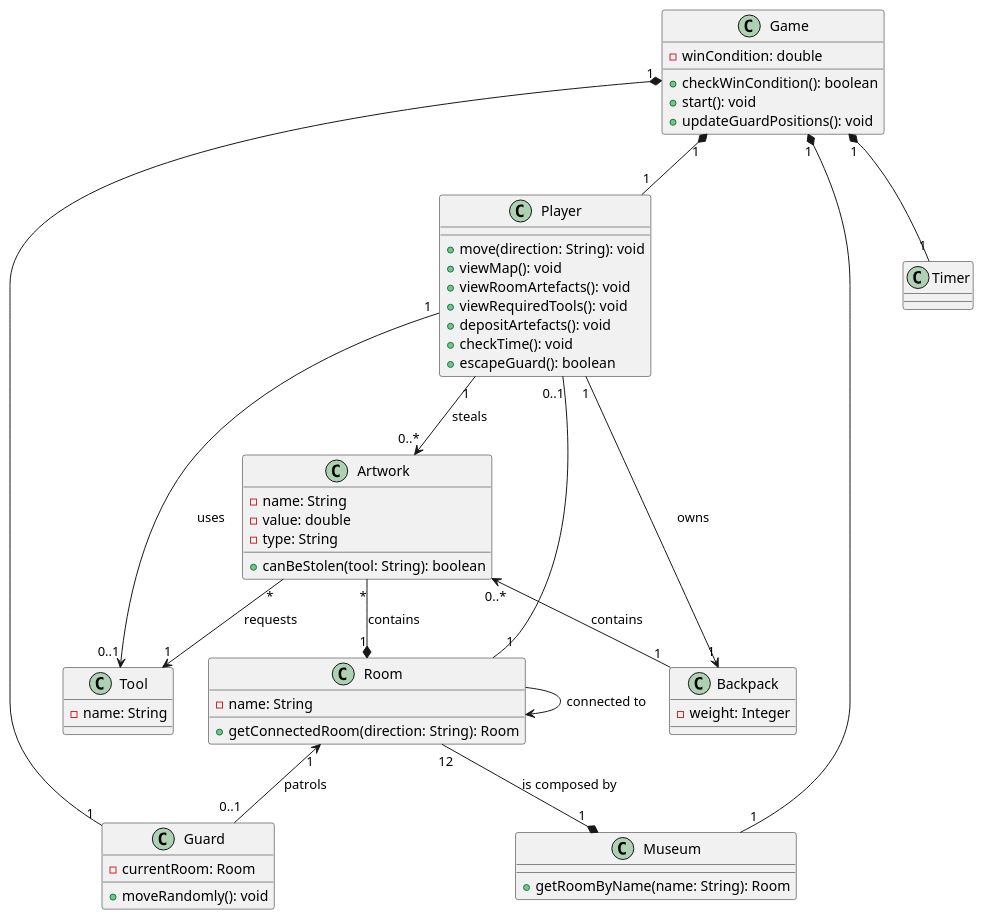
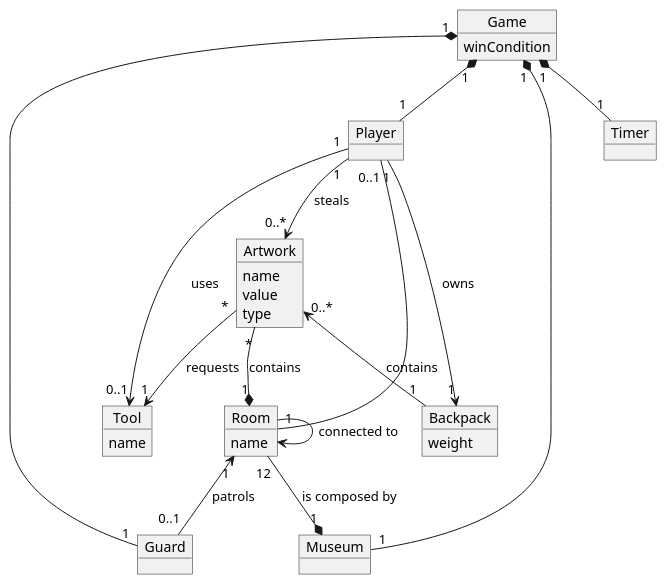
The diagram in domain_model.md (marchettialessio/gastronomia_team14), drawn with PlantUML before and after one commit. The commit also changed 1 other file, not shown here.

Commit message:
domain class

```diff
--- a/domain_model.md
+++ b/domain_model.md
@@ -1,60 +1,45 @@
 @startuml
-class Game {
-    - winCondition: double
-    + checkWinCondition(): boolean
-    + start(): void
-    + updateGuardPositions(): void
+object Game {
+    winCondition
 }
-class Player {
-    + move(direction: String): void
-    + viewMap(): void
-    + viewRoomArtefacts(): void
-    + viewRequiredTools(): void
-    + depositArtefacts(): void
-    + checkTime(): void
-    + escapeGuard(): boolean
+object Player {
 }
-class Room {
-    - name: String
-    + getConnectedRoom(direction: String): Room
+object Room {
+    name
 }
-class Guard{
-    - currentRoom: Room
-    + moveRandomly(): void
+object Guard{
 }
-class Museum{
-    + getRoomByName(name: String): Room
+object Museum{
 }
-class Tool{
-    - name: String
+object Tool{
+     name
 }
-class Artwork{
-    - name: String
-    - value: double
-    - type: String
-    + canBeStolen(tool: String): boolean
+object Artwork{
+     name
+     value
+     type
 }
-class Timer{
+object Timer{
 }
-class Backpack{
-    - weight: Integer
+object Backpack{
+     weight
 }
 
 Game "1" *-- "1" Player
 Game "1" *-- "1" Museum
 Game "1" *-- "1" Guard
 Game "1" *-- "1" Timer
 Player "1" --> "1" Backpack : owns
 Player "1" --> "0..1" Tool : uses
 Player "1" --> "0..*" Artwork : steals
 Player "0..1" -- "1" Room
 Artwork "*" --* "1" Room : contains
 Artwork "*" --> "1" Tool : requests
 Artwork "0..*" <-- "1" Backpack : contains
 Room --> Room : connected to 
 Room "1" <-- "0..1" Guard : patrols
 Room "12" --* "1" Museum : is composed by
 
 
 
 @enduml
```
